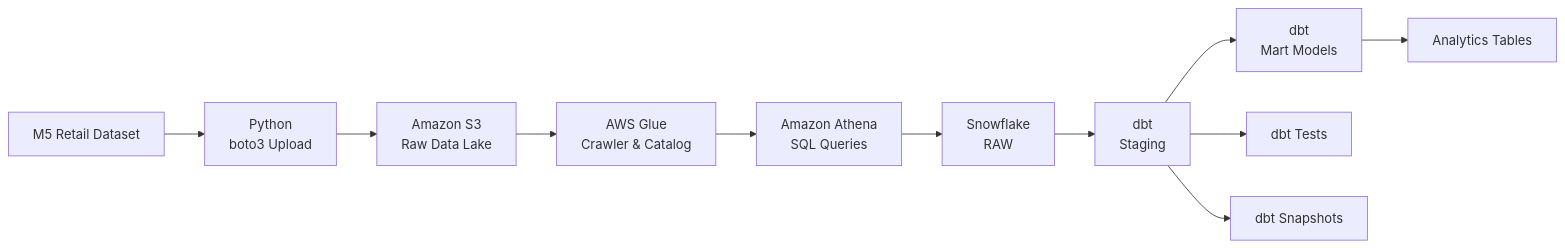
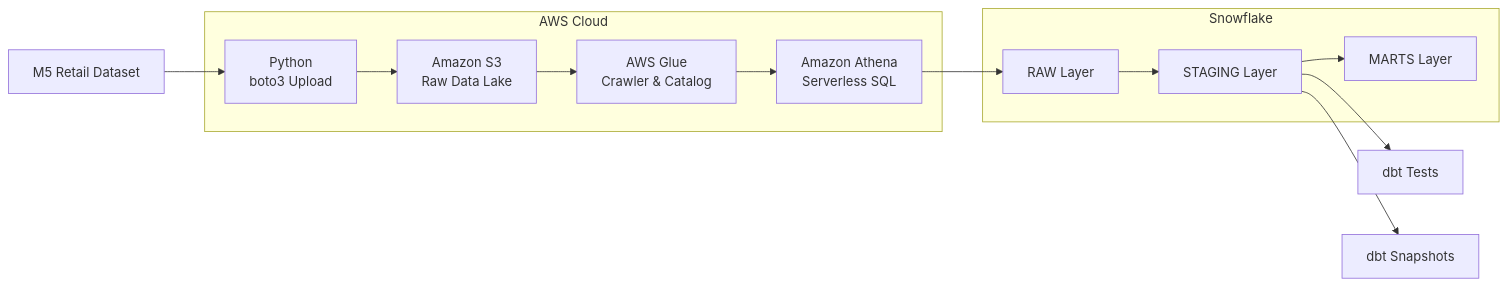
The diagram in README.md (shokoufehyazdanian/cloud-retail-analytics-platform), drawn with Mermaid before and after one commit. The commit also changed other lines of this file, not shown here.

````diff
--- a/README.md
+++ b/README.md
@@ -17,24 +20,29 @@
 ```mermaid
 flowchart LR
 
     A[M5 Retail Dataset]
-        --> B[Python<br/>boto3 Upload]
 
-    B --> C[Amazon S3<br/>Raw Data Lake]
+    subgraph AWS Cloud
+        B[Python<br/>boto3 Upload]
+        C[Amazon S3<br/>Raw Data Lake]
+        D[AWS Glue<br/>Crawler & Catalog]
+        E[Amazon Athena<br/>Serverless SQL]
+    end
 
-    C --> D[AWS Glue<br/>Crawler & Catalog]
+    subgraph Snowflake
+        F[RAW Layer]
+        G[STAGING Layer]
+        H[MARTS Layer]
+    end
 
-    D --> E[Amazon Athena<br/>SQL Queries]
+    A --> B
+    B --> C
+    C --> D
+    D --> E
+    E --> F
+    F --> G
+    G --> H
 
-    E --> F[Snowflake<br/>RAW]
-
-    F --> G[dbt<br/>Staging]
-
-    G --> H[dbt<br/>Mart Models]
-
-    H --> I[Analytics Tables]
-
-    G --> J[dbt Tests]
-
-    G --> K[dbt Snapshots]
+    G --> I[dbt Tests]
+    G --> J[dbt Snapshots]
 ```
````
